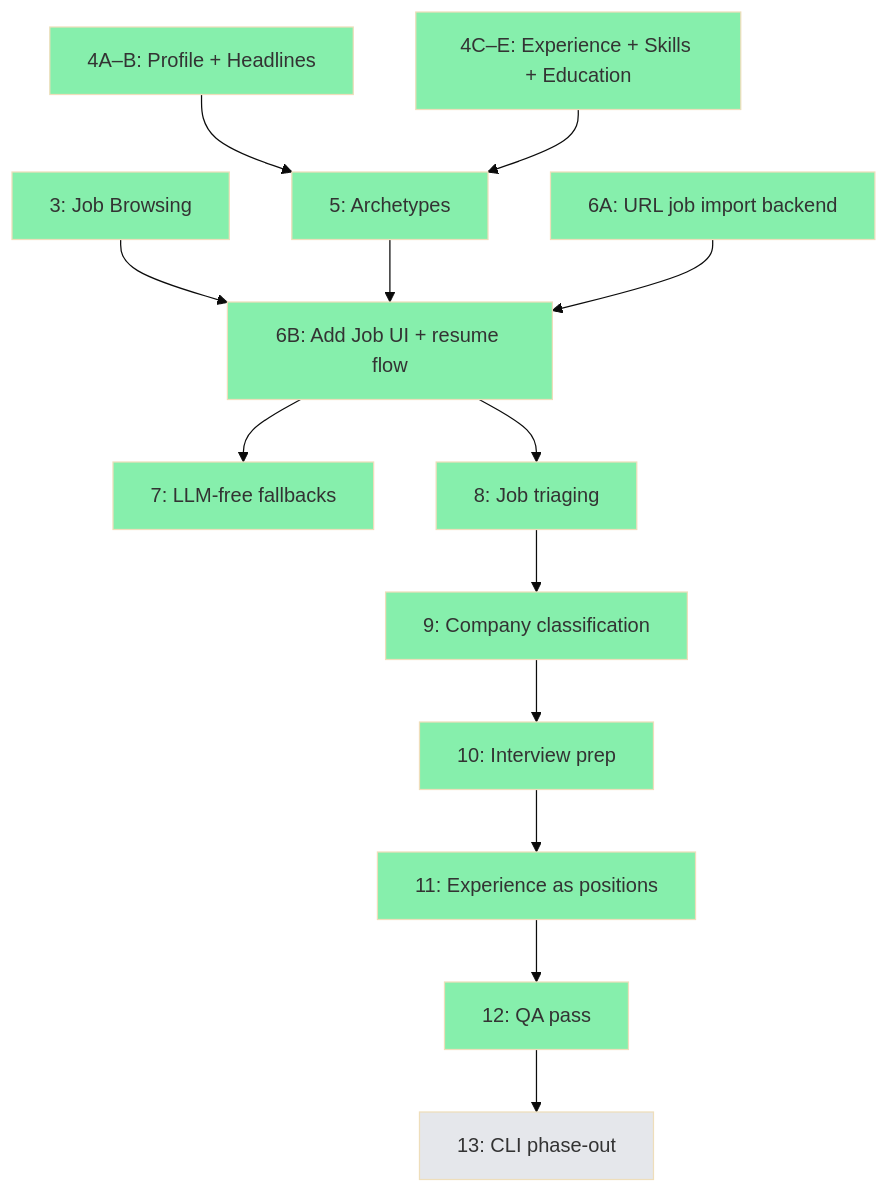
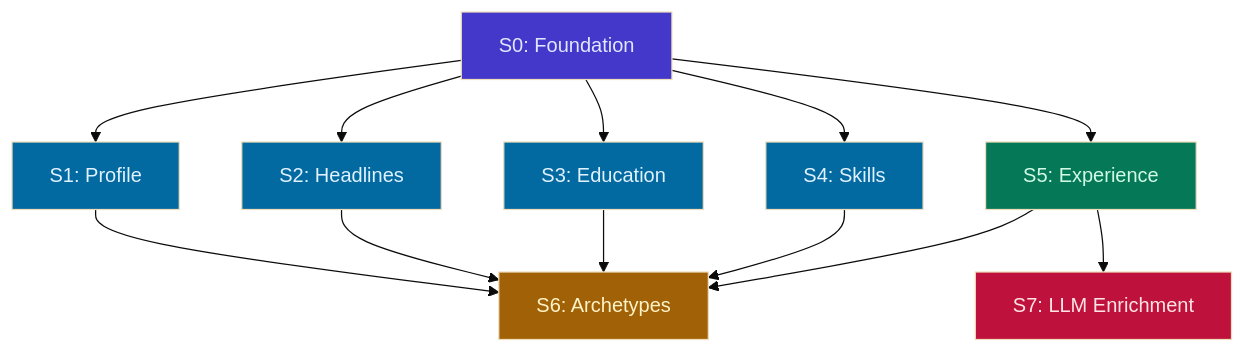
The diagram in GOALS.md (bluebird-labs/TailoredIn), drawn with Mermaid (base theme) before and after one commit. The commit also changed other lines of this file and 32 other files, not shown here.

````diff
--- a/GOALS.md
+++ b/GOALS.md
@@ -80,29 +65,32 @@
 ```mermaid
 graph TD
-    M3["3: Job Browsing"] --> M6B["6B: Add Job UI + resume flow"]
-    M4AB["4A–B: Profile + Headlines"] --> M5["5: Archetypes"]
-    M4CDE["4C–E: Experience + Skills + Education"] --> M5
-    M5 --> M6B
-    M6A["6A: URL job import backend"] --> M6B
-    M6B --> M7["7: LLM-free fallbacks"]
-    M6B --> M8["8: Job triaging"]
-    M8 --> M9["9: Company classification"]
-    M9 --> M10["10: Interview prep"]
-    M10 --> M11["11: Experience as positions"]
-    M11 --> M12["12: QA pass"]
-    M12 --> M13["13: CLI phase-out"]
+    S0["S0: Foundation"]
+    S1["S1: Profile"]
+    S2["S2: Headlines"]
+    S3["S3: Education"]
+    S4["S4: Skills"]
+    S5["S5: Experience"]
+    S6["S6: Archetypes"]
+    S7["S7: LLM Enrichment"]
 
-    style M3 fill:#86efac
-    style M4AB fill:#86efac
-    style M4CDE fill:#86efac
-    style M5 fill:#86efac
-    style M6A fill:#86efac
-    style M6B fill:#86efac
-    style M7 fill:#86efac
-    style M8 fill:#86efac
-    style M9 fill:#86efac
-    style M10 fill:#86efac
-    style M11 fill:#86efac
-    style M12 fill:#86efac
-    style M13 fill:#e5e7eb
+    S0 --> S1
+    S0 --> S2
+    S0 --> S3
+    S0 --> S4
+    S0 --> S5
+    S1 --> S6
+    S2 --> S6
+    S3 --> S6
+    S4 --> S6
+    S5 --> S6
+    S5 --> S7
+
+    style S0 fill:#4338ca,color:#e0e7ff
+    style S1 fill:#0369a1,color:#e0f2fe
+    style S2 fill:#0369a1,color:#e0f2fe
+    style S3 fill:#0369a1,color:#e0f2fe
+    style S4 fill:#0369a1,color:#e0f2fe
+    style S5 fill:#047857,color:#d1fae5
+    style S6 fill:#a16207,color:#fef3c7
+    style S7 fill:#be123c,color:#ffe4e6
 ```
````
